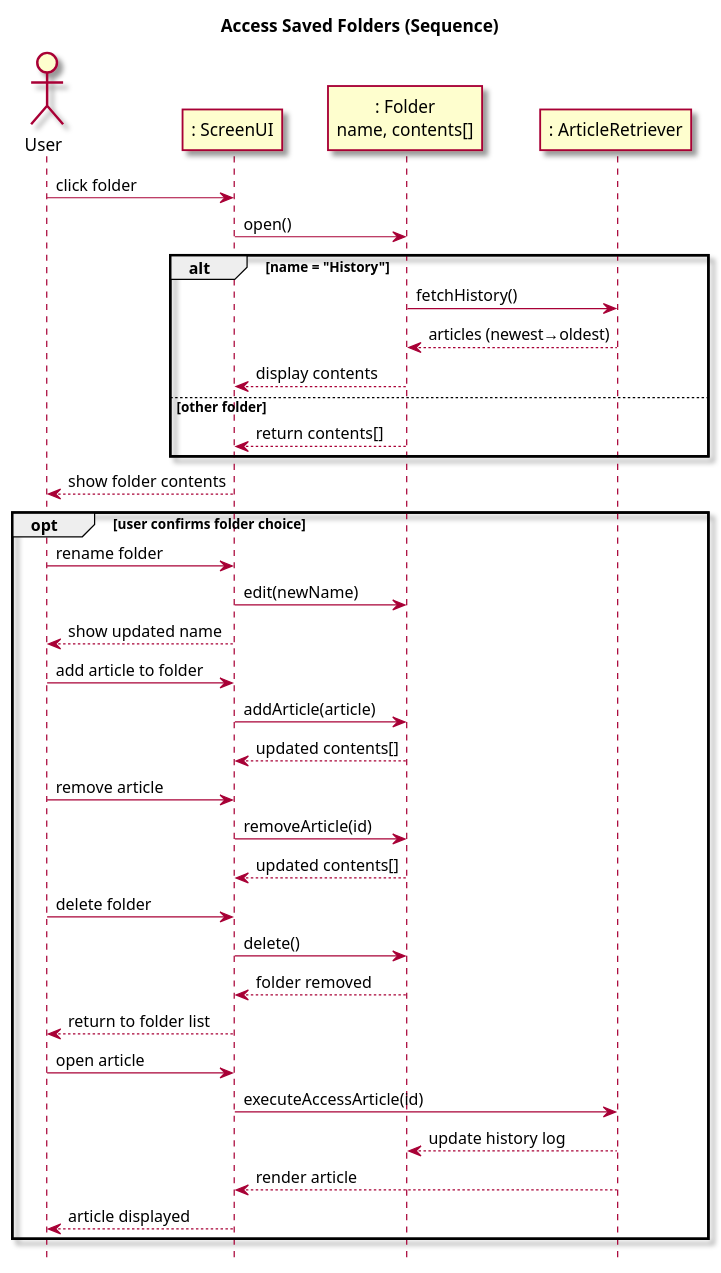
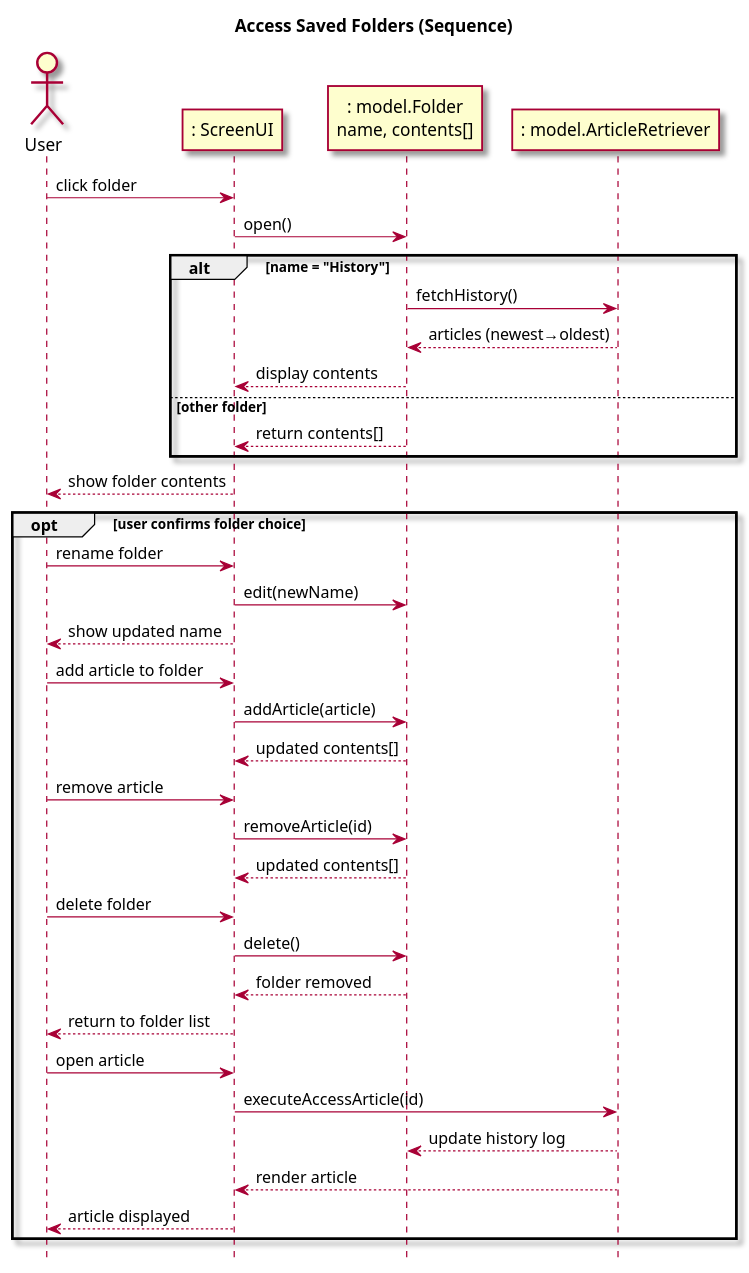
The second of 2 diagrams in intellij/doc/use-cases/access-saved-folders.md (owhitleym-ui/EcoScoop), drawn with PlantUML before and after one commit. The commit also changed 72 other files, not shown here.

Commit message:
Refactored Code to Implemented Model View Controller

````diff
--- a/intellij/doc/use-cases/access-saved-folders.md
+++ b/intellij/doc/use-cases/access-saved-folders.md
@@ -76,59 +76,59 @@
 ```plantuml
 @startuml
 skin rose
 hide footbox
 
 title Access Saved Folders (Sequence)
 
 actor User
-participant ": ScreenUI" as UI
-participant ": Folder\nname, contents[]" as Folder
-participant ": ArticleRetriever" as ArticleRetriever
+participant ": ScreenUI" as view.UI
+participant ": model.Folder\nname, contents[]" as model.Folder
+participant ": model.ArticleRetriever" as model.ArticleRetriever
 
-User -> UI : click folder
-UI -> Folder : open()
+User -> view.UI : click folder
+view.UI -> model.Folder : open()
 
 alt name = "History"
-    Folder -> ArticleRetriever : fetchHistory()
-    ArticleRetriever --> Folder : articles (newest→oldest)
-    Folder --> UI : display contents
+    model.Folder -> model.ArticleRetriever : fetchHistory()
+    model.ArticleRetriever --> model.Folder : articles (newest→oldest)
+    model.Folder --> view.UI : display contents
 else other folder
-    Folder --> UI : return contents[]
+    model.Folder --> view.UI : return contents[]
 end
 
-UI --> User : show folder contents
+view.UI --> User : show folder contents
 
 opt user confirms folder choice
 
 ' Rename
-User -> UI : rename folder
-UI -> Folder : edit(newName)
-UI --> User : show updated name
+User -> view.UI : rename folder
+view.UI -> model.Folder : edit(newName)
+view.UI --> User : show updated name
 
 ' Add article
-User -> UI : add article to folder
-UI -> Folder : addArticle(article)
-Folder --> UI : updated contents[]
+User -> view.UI : add article to folder
+view.UI -> model.Folder : addArticle(article)
+model.Folder --> view.UI : updated contents[]
 
 ' Remove article
-User -> UI : remove article
-UI -> Folder : removeArticle(id)
-Folder --> UI : updated contents[]
+User -> view.UI : remove article
+view.UI -> model.Folder : removeArticle(id)
+model.Folder --> view.UI : updated contents[]
 
 ' Delete folder
-    User -> UI : delete folder
-    UI -> Folder : delete()
-    Folder --> UI : folder removed
-    UI --> User : return to folder list
+    User -> view.UI : delete folder
+    view.UI -> model.Folder : delete()
+    model.Folder --> view.UI : folder removed
+    view.UI --> User : return to folder list
 
-User -> UI : open article
-UI -> ArticleRetriever : executeAccessArticle(id)
-ArticleRetriever --> Folder : update history log
-ArticleRetriever --> UI : render article
-UI --> User : article displayed
+User -> view.UI : open article
+view.UI -> model.ArticleRetriever : executeAccessArticle(id)
+model.ArticleRetriever --> model.Folder : update history log
+model.ArticleRetriever --> view.UI : render article
+view.UI --> User : article displayed
 
 end
 
 
 @enduml
 ```
````
